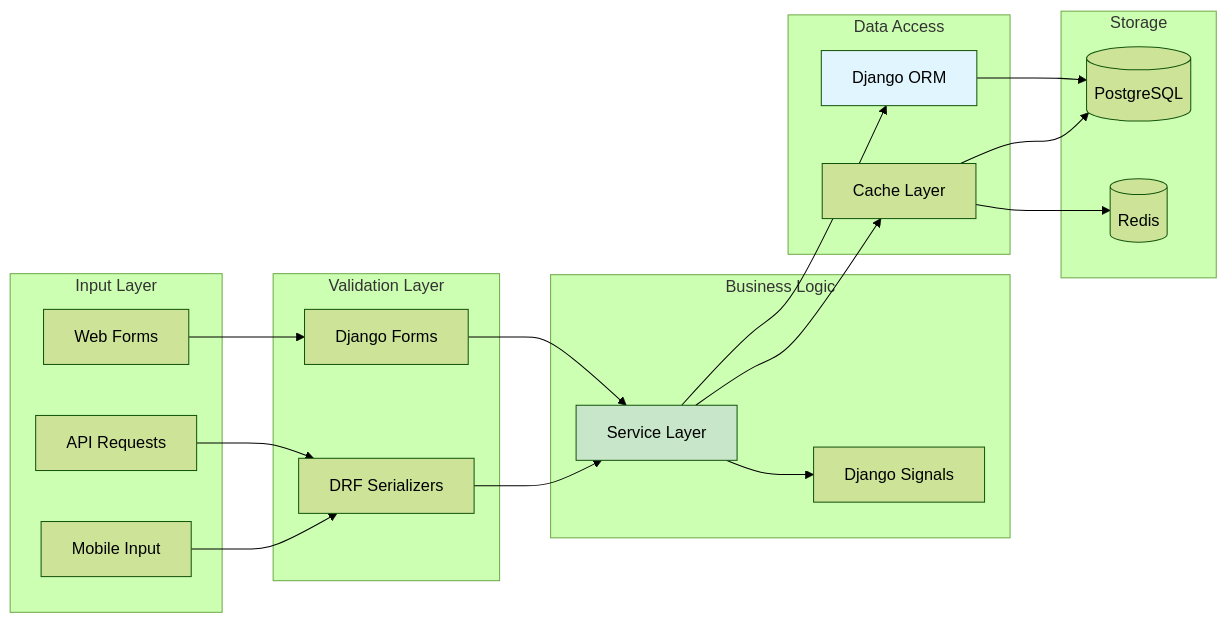
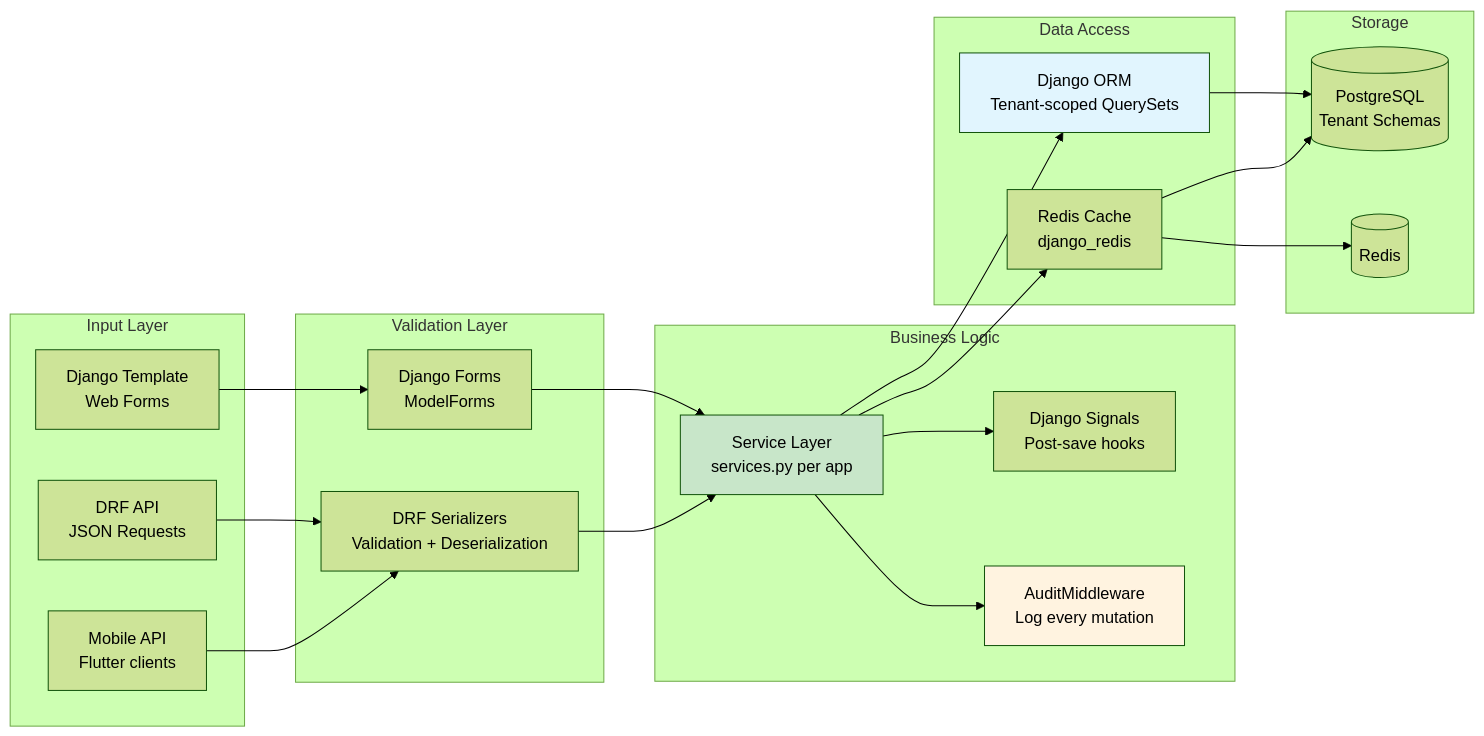
The fifth of 9 diagrams in 04-architecture/04-backend/diagrams/architecture-overview.md (sbu-europe/dfms-naming-campaign), drawn with Mermaid (forest theme) before and after one commit. The commit also changed other lines of this file and 5 other files, not shown here.

First line of the commit message:
docs(architecture): update diagrams and overview to reflect Phase 1 implementation

````diff
--- a/04-architecture/04-backend/diagrams/architecture-overview.md
+++ b/04-architecture/04-backend/diagrams/architecture-overview.md
@@ -150,46 +215,49 @@
 ```mermaid
 graph LR
     subgraph "Input Layer"
-        WEB_FORM[Web Forms]
-        API_POST[API Requests]
-        MOBILE_INPUT[Mobile Input]
+        WEB_FORM[Django Template<br/>Web Forms]
+        API_POST[DRF API<br/>JSON Requests]
+        MOBILE_INPUT[Mobile API<br/>Flutter clients]
     end
 
     subgraph "Validation Layer"
-        DJANGO_VALID[Django Forms]
-        DRF_SERIAL[DRF Serializers]
+        DJANGO_VALID[Django Forms<br/>ModelForms]
+        DRF_SERIAL[DRF Serializers<br/>Validation + Deserialization]
     end
 
     subgraph "Business Logic"
-        SERVICES[Service Layer]
-        SIGNALS[Django Signals]
+        SERVICES[Service Layer<br/>services.py per app]
+        SIGNALS[Django Signals<br/>Post-save hooks]
+        AUDIT_MW[AuditMiddleware<br/>Log every mutation]
     end
 
     subgraph "Data Access"
-        ORM[Django ORM]
-        CACHE[Cache Layer]
+        ORM[Django ORM<br/>Tenant-scoped QuerySets]
+        CACHE[Redis Cache<br/>django_redis]
     end
 
     subgraph "Storage"
-        PG[(PostgreSQL)]
+        PG[(PostgreSQL<br/>Tenant Schemas)]
         REDIS[(Redis)]
     end
 
     WEB_FORM --> DJANGO_VALID
     API_POST --> DRF_SERIAL
     MOBILE_INPUT --> DRF_SERIAL
 
     DJANGO_VALID --> SERVICES
     DRF_SERIAL --> SERVICES
 
     SERVICES --> SIGNALS
     SERVICES --> ORM
     SERVICES --> CACHE
+    SERVICES --> AUDIT_MW
 
     ORM --> PG
     CACHE --> REDIS
     CACHE --> PG
 
     style SERVICES fill:#c8e6c9
     style ORM fill:#e1f5fe
+    style AUDIT_MW fill:#fff3e0
 ```
````
